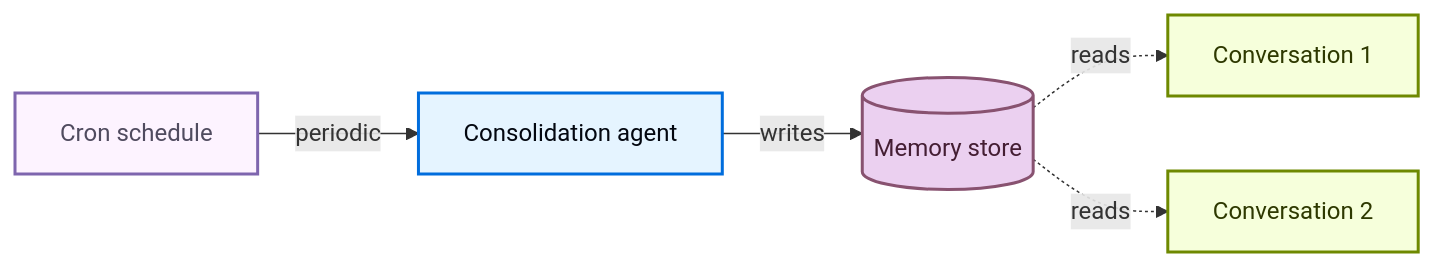
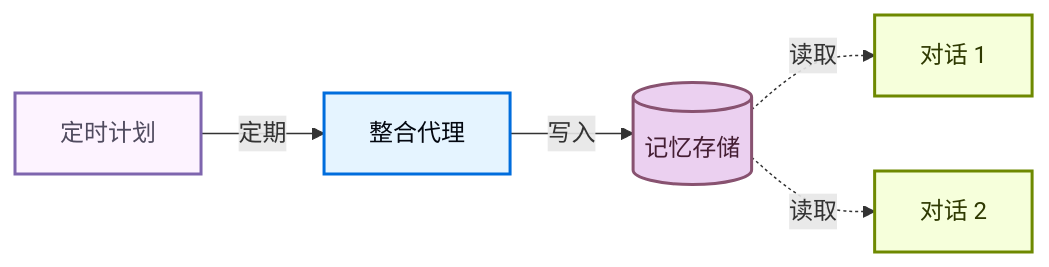
The diagram in oss/python/deepagents/memory.mdx (kunfan96/cndocs-langchain), drawn with Mermaid before and after one commit. The commit also changed other lines of this file and 2498 other files, not shown here.

````diff
--- a/oss/python/deepagents/memory.mdx
+++ b/oss/python/deepagents/memory.mdx
@@ -457,17 +424,17 @@
 ```mermaid
 graph LR
-    Store[(Memory store)] -.->|reads| Conv1[Conversation 1]
-    Store -.->|reads| Conv2[Conversation 2]
-    Cron[Cron schedule] -->|periodic| Agent[Consolidation agent]
-    Agent -->|writes| Store
+    Store[(记忆存储)] -.->|读取| Conv1[对话 1]
+    Store -.->|读取| Conv2[对话 2]
+    Cron[定时计划] -->|定期| Agent[整合代理]
+    Agent -->|写入| Store
 
     classDef trigger fill:#F6FFDB,stroke:#6E8900,stroke-width:2px,color:#2E3900
     classDef process fill:#E5F4FF,stroke:#006DDD,stroke-width:2px,color:#030710
     classDef output fill:#EBD0F0,stroke:#885270,stroke-width:2px,color:#441E33
     classDef schedule fill:#FDF3FF,stroke:#7E65AE,stroke-width:2px,color:#504B5F
 
     class Conv1,Conv2 trigger
     class Agent process
     class Store output
     class Cron schedule
 ```
````
